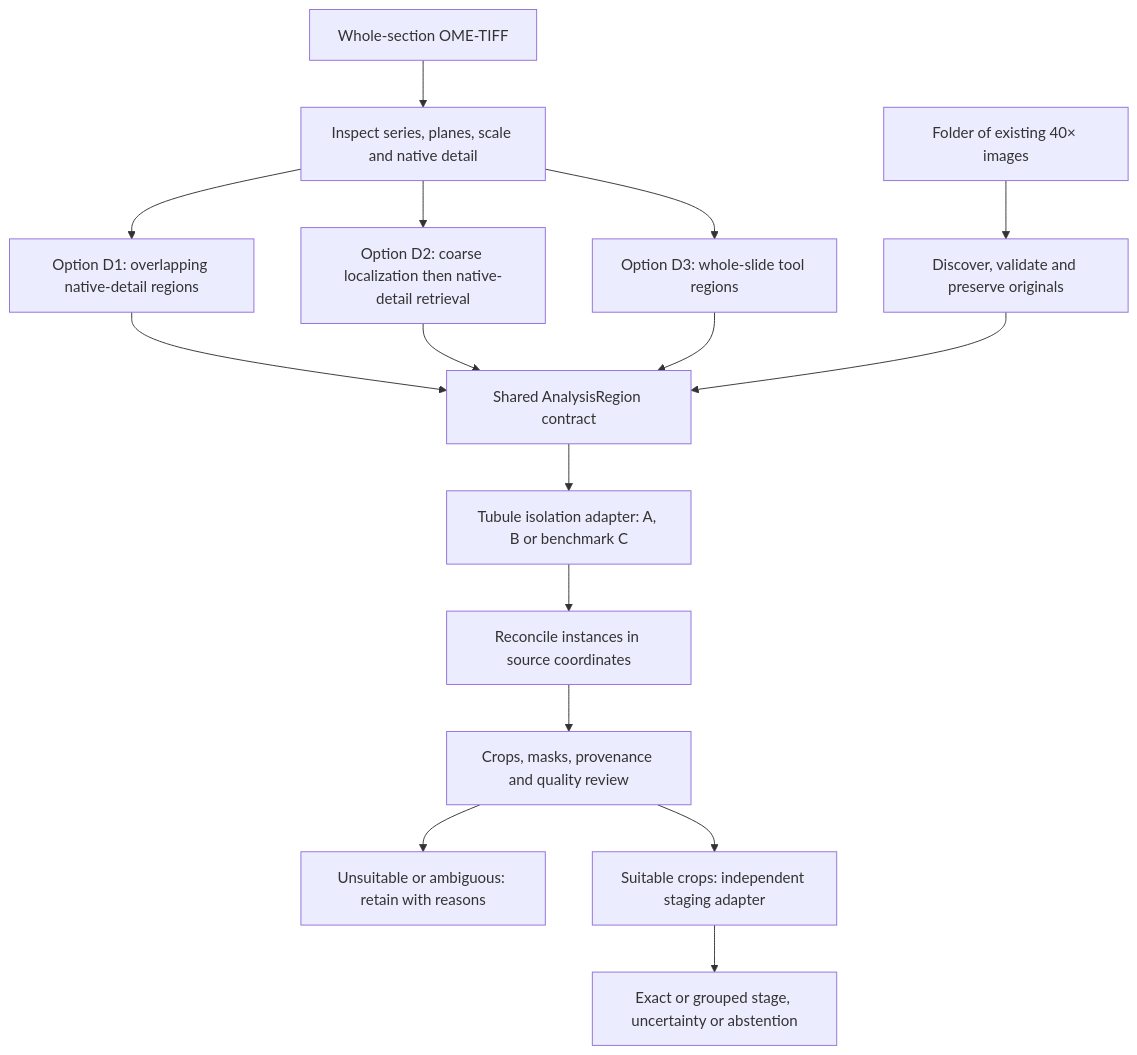
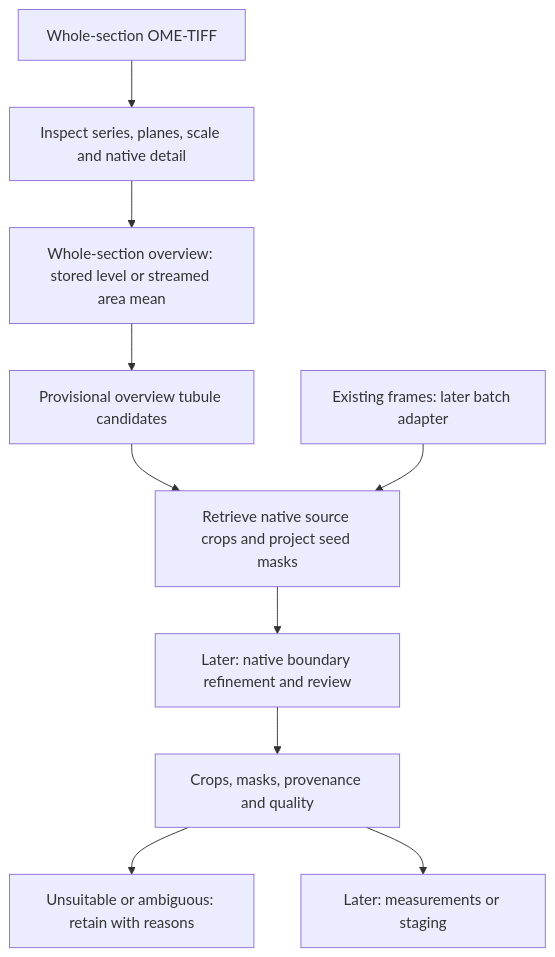
One commit to Bioticcc/EyeSpySpermatogenesis changed the diagram in docs/ARCHITECTURE.md. Above: the diagram before and after it, drawn with Mermaid. The commit also changed other lines of this file and 32 other files, not shown here.

````diff
--- a/docs/ARCHITECTURE.md
+++ b/docs/ARCHITECTURE.md
@@ -6,18 +11,12 @@
 ```mermaid
 flowchart TD
     A[Whole-section OME-TIFF] --> M[Inspect series, planes, scale and native detail]
-    B[Folder of existing 40× images] --> F[Discover, validate and preserve originals]
-    M --> D1[Option D1: overlapping native-detail regions]
-    M --> D2[Option D2: coarse localization then native-detail retrieval]
-    M --> D3[Option D3: whole-slide tool regions]
-    D1 --> C[Shared AnalysisRegion contract]
-    D2 --> C
-    D3 --> C
-    F --> C
-    C --> I[Tubule isolation adapter: A, B or benchmark C]
-    I --> R[Reconcile instances in source coordinates]
-    R --> Q[Crops, masks, provenance and quality review]
+    M --> D2[Whole-section overview: stored level or streamed area mean]
+    D2 --> I[Provisional overview tubule candidates]
+    I --> N[Retrieve native source crops and project seed masks]
+    B[Existing frames: later batch adapter] --> N
+    N --> R[Later: native boundary refinement and review]
+    R --> Q[Crops, masks, provenance and quality]
     Q --> U[Unsuitable or ambiguous: retain with reasons]
-    Q --> S[Suitable crops: independent staging adapter]
-    S --> O[Exact or grouped stage, uncertainty or abstention]
+    Q --> S[Later: measurements or staging]
 ```
````
